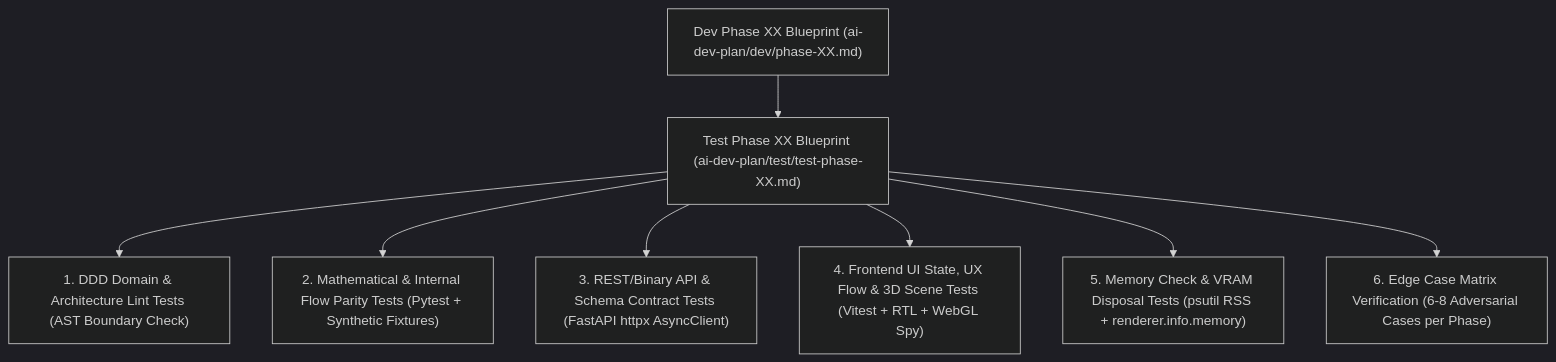
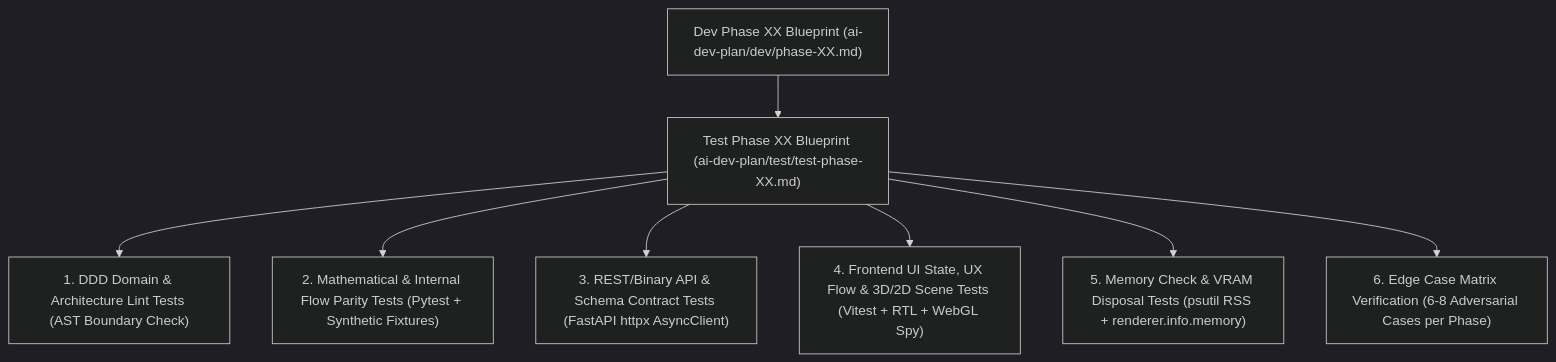
One commit to korarit/easy-ml-viewer changed the diagram in ai-dev-plan/test/00-master-test-strategy.md. Above: the diagram before and after it, drawn with Mermaid (dark theme). The commit also changed other lines of this file and 18 other files, not shown here.

````diff
--- a/ai-dev-plan/test/00-master-test-strategy.md
+++ b/ai-dev-plan/test/00-master-test-strategy.md
@@ -16,10 +16,10 @@
 ```mermaid
 flowchart TD
     DEV["Dev Phase XX Blueprint (ai-dev-plan/dev/phase-XX.md)"] --> T["Test Phase XX Blueprint (ai-dev-plan/test/test-phase-XX.md)"]
     T --> P1["1. DDD Domain & Architecture Lint Tests (AST Boundary Check)"]
     T --> P2["2. Mathematical & Internal Flow Parity Tests (Pytest + Synthetic Fixtures)"]
     T --> P3["3. REST/Binary API & Schema Contract Tests (FastAPI httpx AsyncClient)"]
-    T --> P4["4. Frontend UI State, UX Flow & 3D Scene Tests (Vitest + RTL + WebGL Spy)"]
+    T --> P4["4. Frontend UI State, UX Flow & 3D/2D Scene Tests (Vitest + RTL + WebGL Spy)"]
     T --> P5["5. Memory Check & VRAM Disposal Tests (psutil RSS + renderer.info.memory)"]
     T --> P6["6. Edge Case Matrix Verification (6-8 Adversarial Cases per Phase)"]
 ```
````
